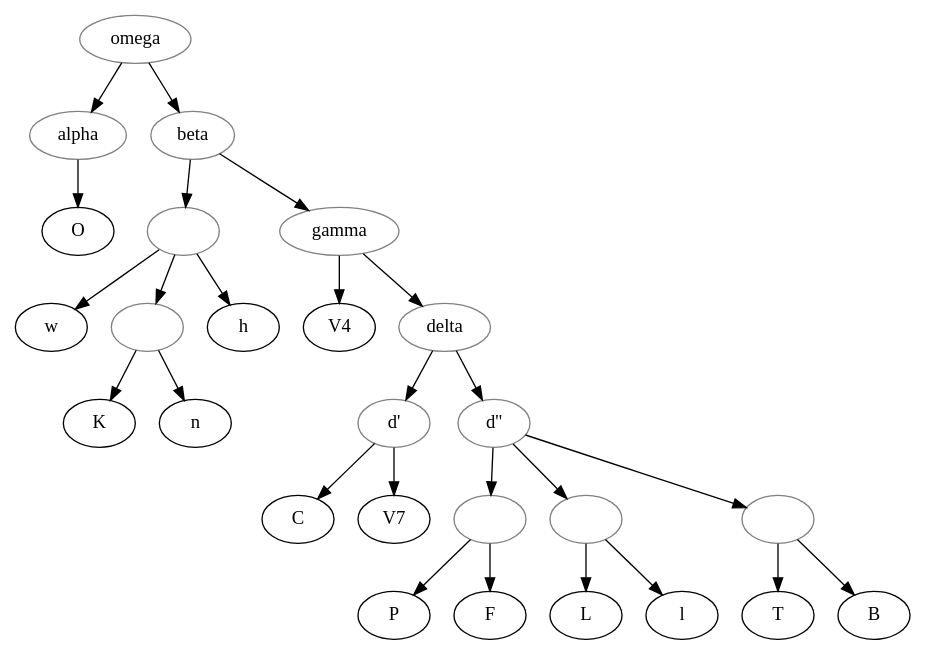
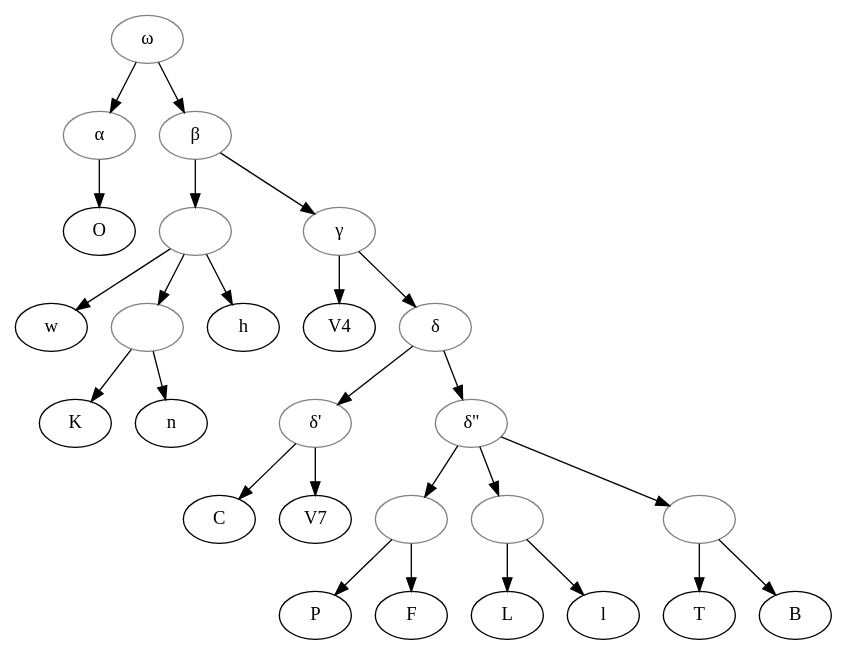
The diagram in data/fro/Segre_1971_Roland/stemma.gv (OpenStemmata/database), drawn with Graphviz before and after one commit.

Commit message:
correcting Roland

```diff
--- a/data/fro/Segre_1971_Roland/stemma.gv
+++ b/data/fro/Segre_1971_Roland/stemma.gv
@@ -1,43 +1,43 @@
 digraph {
 
     omega -> alpha;
     alpha -> O;
     omega -> beta
     beta -> 1
     1 -> w
     1 -> 2
     2 -> K
     2 -> n
     1 -> h
 
     beta -> gamma
     gamma -> V4
     gamma -> delta
     delta -> deltaprime
     deltaprime -> C
     deltaprime -> V7
     delta -> deltasecond
     deltasecond -> 3
     3 -> P
     3 -> F
     deltasecond -> 4
     4 -> L
     4 -> l
     deltasecond -> 5
     5 -> T
     5 -> B
 
-    omega[color="grey"]
-    alpha[color="grey"]
-    beta[color="grey"]
-    gamma[color="grey"]
-    delta[color="grey"]
-    deltaprime[color="grey", label="d'"]
-    deltasecond[color="grey", label="d''"]
-    1[color="grey", label=""]
-    2[color="grey", label=""]
-    3[color="grey", label=""]
-    4[color="grey", label=""]
-    5[color="grey", label=""]
+    omega[color="grey", label="ω"]
+    alpha[color="grey", label="α"]
+    beta[color="grey", label="β"]
+    gamma[color="grey", label="γ"]
+    delta[color="grey", label="δ"]
+    deltaprime[color="grey", label="δ'"]
+    deltasecond[color="grey", label="δ''"]
+    1[color="grey",label=""]
+    2[color="grey",label=""]
+    3[color="grey",label=""]
+    4[color="grey",label=""]
+    5[color="grey",label=""]
 
 }
```
